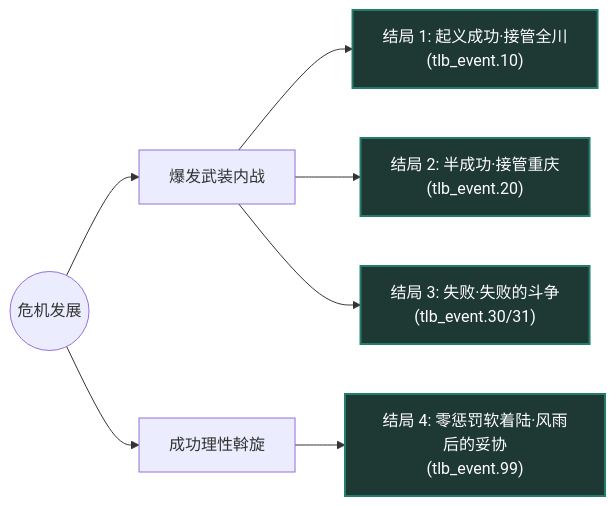
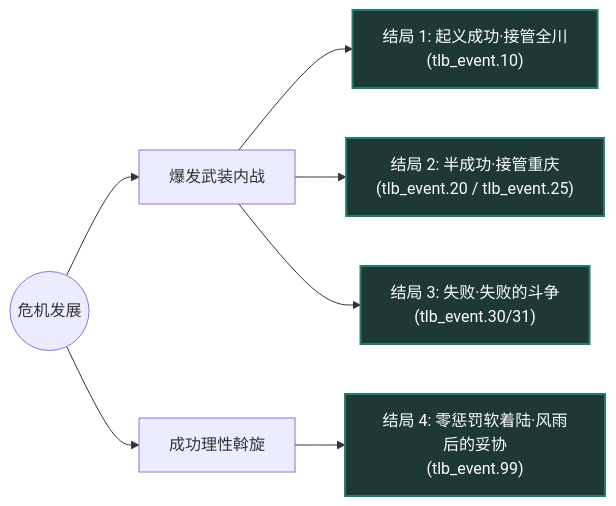
Before and after one commit to DX-Protst/HOI4-Dream-of-Yandao-Street: the third of 3 diagrams in README_TLB.md, drawn with Mermaid. The commit also changed other lines of this file and 3 other files, not shown here.

````diff
--- a/README_TLB.md
+++ b/README_TLB.md
@@ -214,12 +214,12 @@
 ```mermaid
 graph LR
     classDef outcome fill:#1e3833,stroke:#237d6e,stroke-width:2px,color:#fff;
 
     Start((危机发展)) --> CW[爆发武装内战]
     Start --> SL[成功理性斡旋]
 
     CW --> Win["结局 1: 起义成功·接管全川<br>(tlb_event.10)"]:::outcome
-    CW --> Split["结局 2: 半成功·接管重庆<br>(tlb_event.20)"]:::outcome
+    CW --> Split["结局 2: 半成功·接管重庆<br>(tlb_event.20 / tlb_event.25)"]:::outcome
     CW --> Fail["结局 3: 失败·失败的斗争<br>(tlb_event.30/31)"]:::outcome
     SL --> Land["结局 4: 零惩罚软着陆·风雨后的妥协<br>(tlb_event.99)"]:::outcome
 ```
````
